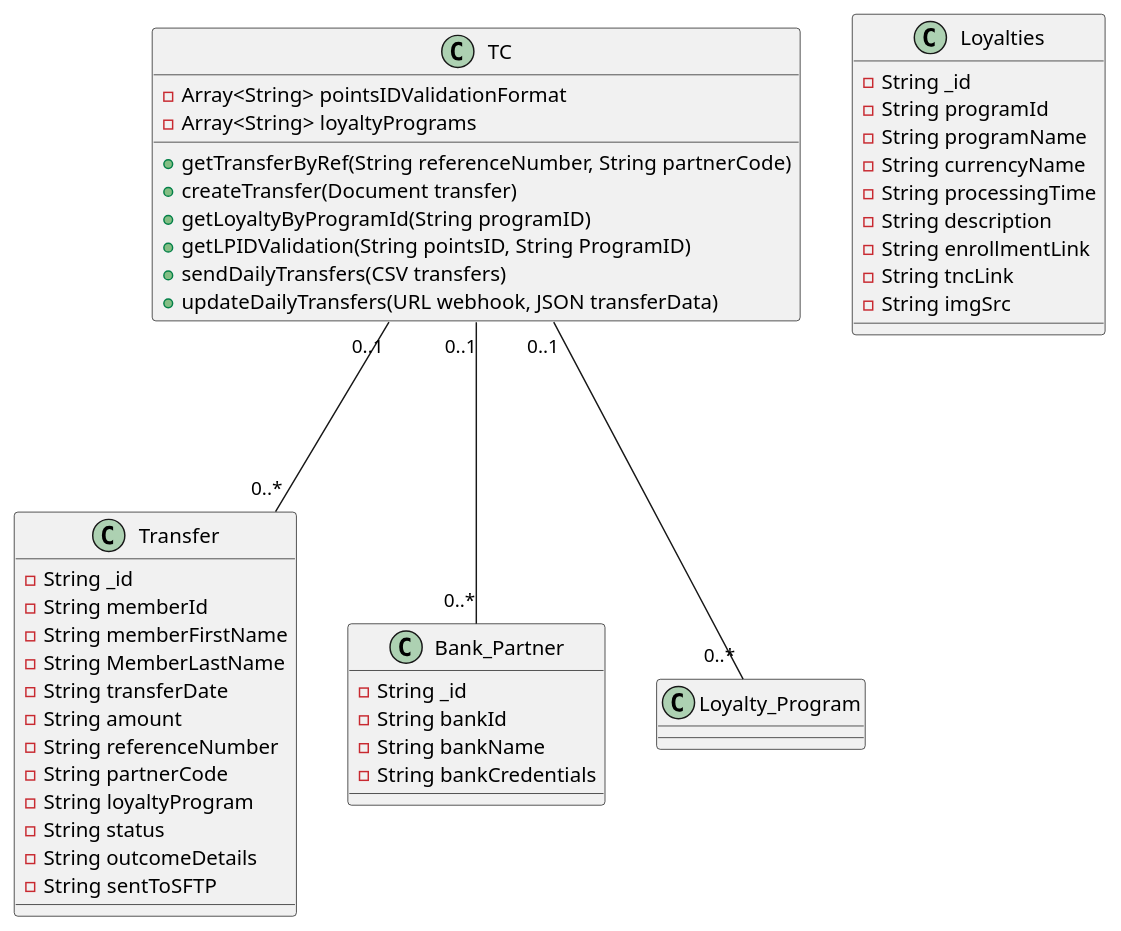
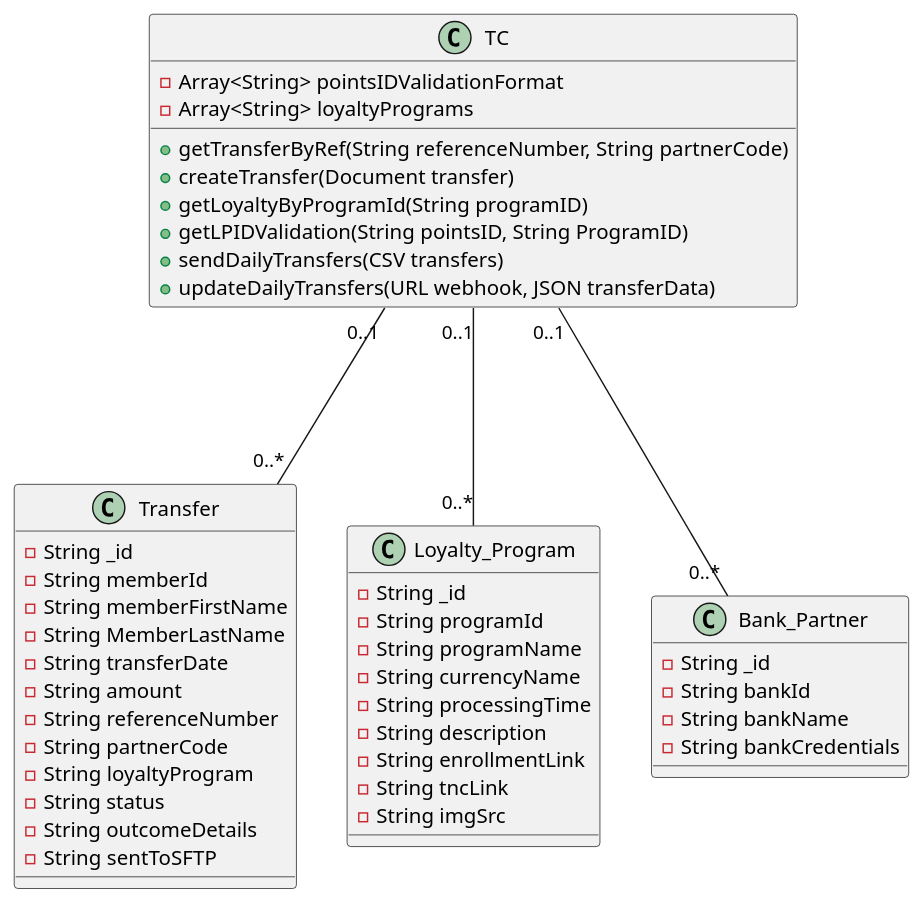
The diagram in diagrams/transfer-connect/tcClassDiagram.plantuml (Rye123/esc-transferconnect), drawn with PlantUML before and after one commit.

Commit message:
docs: Update TC Class Diagram

```diff
--- a/diagrams/transfer-connect/tcClassDiagram.plantuml
+++ b/diagrams/transfer-connect/tcClassDiagram.plantuml
@@ -1,50 +1,49 @@
-@startuml Class Diagram for TC
-
+@startuml
 class TC {
     - Array<String> pointsIDValidationFormat
     - Array<String> loyaltyPrograms    
     + getTransferByRef(String referenceNumber, String partnerCode)
     + createTransfer(Document transfer)
     + getLoyaltyByProgramId(String programID)
     + getLPIDValidation(String pointsID, String ProgramID)
     + sendDailyTransfers(CSV transfers)
     + updateDailyTransfers(URL webhook, JSON transferData)
 }
 
 class Transfer {
     - String _id
     - String memberId
     - String memberFirstName
     - String MemberLastName
     - String transferDate
     - String amount
     - String referenceNumber
     - String partnerCode
     - String loyaltyProgram
     - String status
     - String outcomeDetails
     - String sentToSFTP
 }
 
-class Loyalties {
+class Loyalty_Program {
     - String _id
     - String programId
     - String programName
     - String currencyName
     - String processingTime
     - String description
     - String enrollmentLink
     - String tncLink
     - String imgSrc
 }
 class Bank_Partner {
     - String _id
     - String bankId
     - String bankName
     - String bankCredentials
 }
 
 TC "0..1" --- "0..*" Transfer
 TC "0..1" --- "0..*" Loyalty_Program
 TC "0..1" --- "0..*" Bank_Partner
 @enduml
```
